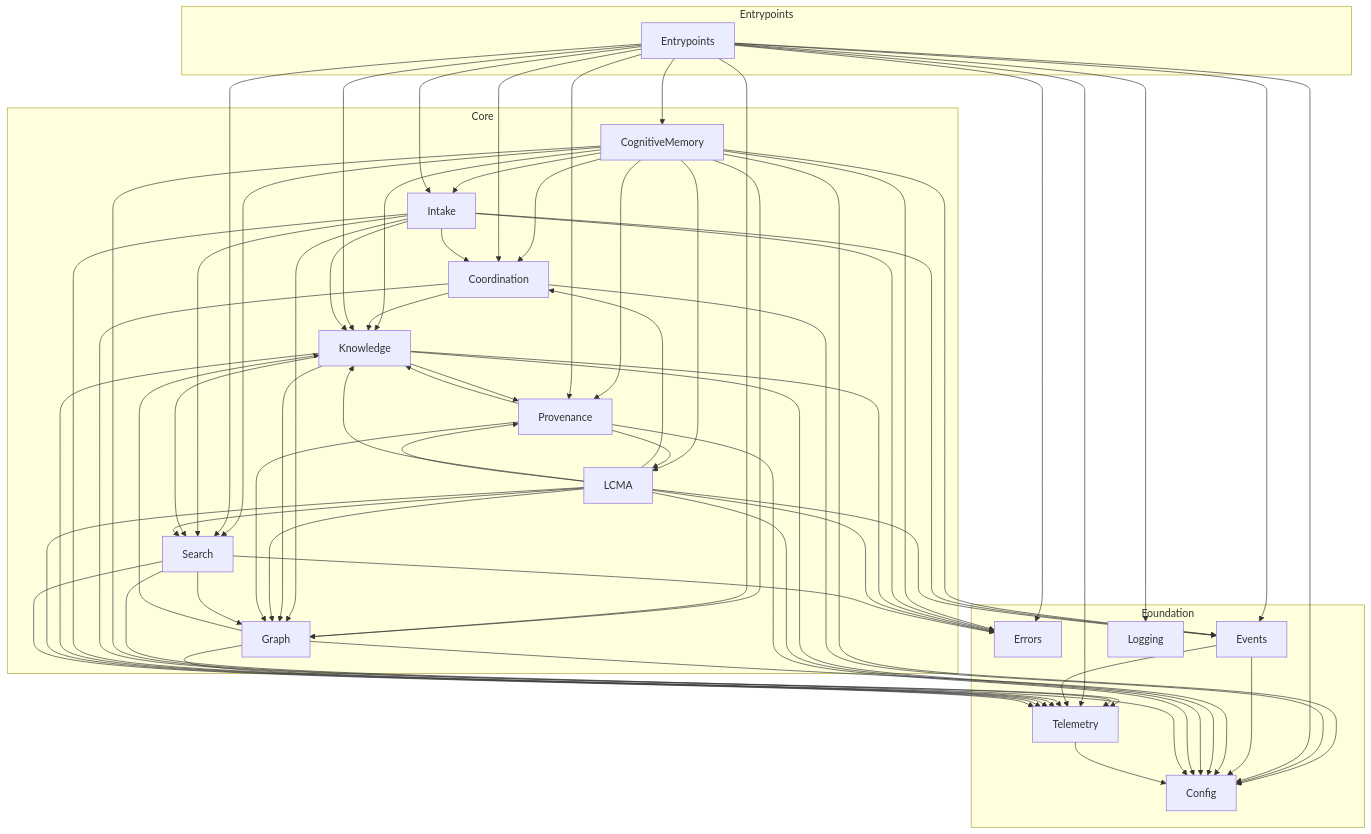
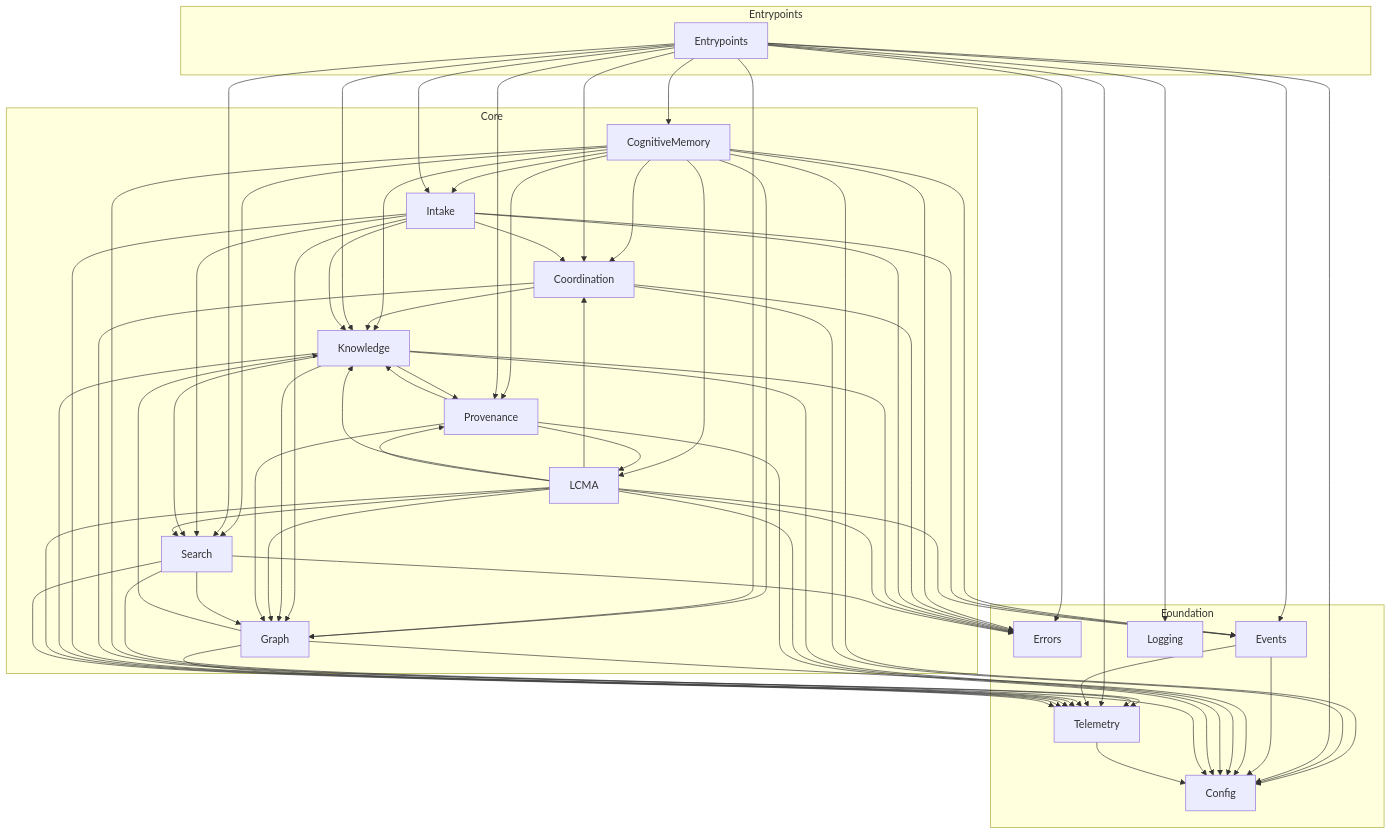
Before and after one commit to agent-lore/lithos: the diagram in docs/generated/architecture.md, drawn with Mermaid. The commit also changed 10 other files, not shown here.

First line of the commit message:
refactor: fold CoordinationError into errors.py, add canonical envelope constructors (#370)

```diff
--- a/docs/generated/architecture.md
+++ b/docs/generated/architecture.md
@@ -37,6 +37,7 @@
   CognitiveMemory --> Search
   CognitiveMemory --> Telemetry
   Coordination --> Config
+  Coordination --> Errors
   Coordination --> Knowledge
   Coordination --> Telemetry
   Entrypoints --> CognitiveMemory
```
